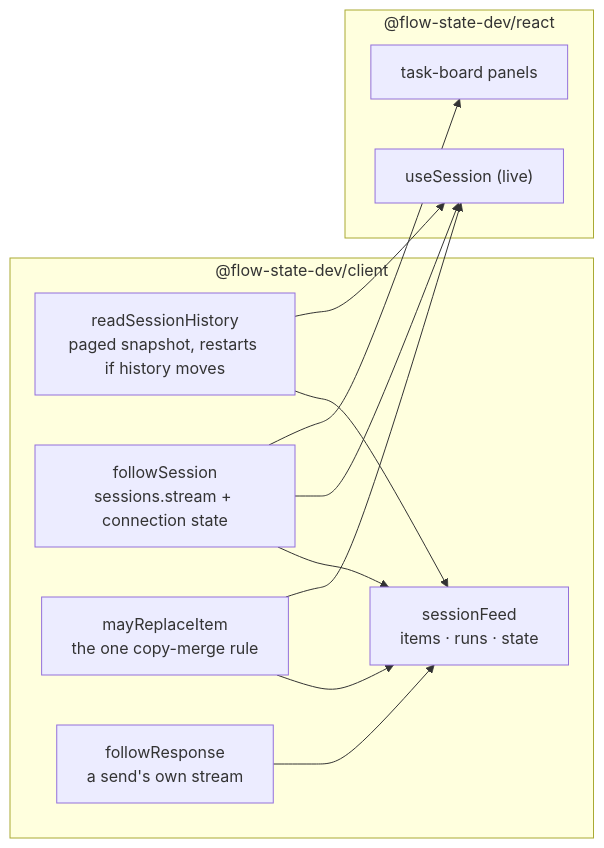
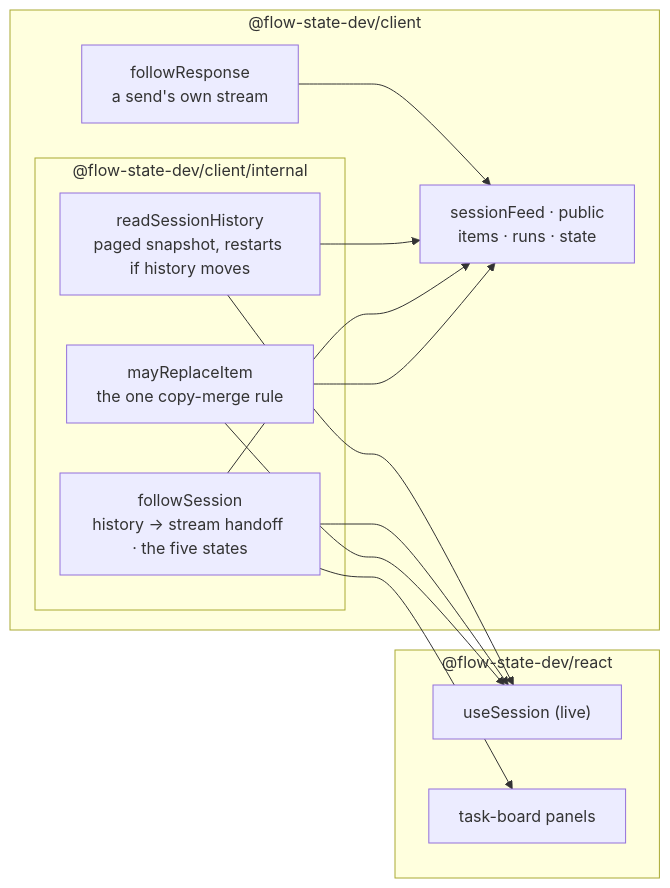
The diagram in specs/issues/FIX-2374/SPEC.md (fixpoint-labs/flow-state-dev), drawn with Mermaid before and after one commit. The commit also changed other lines of this file and 1 other file, not shown here.

````diff
--- a/specs/issues/FIX-2374/SPEC.md
+++ b/specs/issues/FIX-2374/SPEC.md
@@ -31,17 +31,23 @@
 ```mermaid
 flowchart LR
   subgraph client["@flow-state-dev/client"]
-    H["readSessionHistory<br/>paged snapshot, restarts if history moves"] --> F["sessionFeed<br/>items · runs · state"]
-    S["followSession<br/>sessions.stream + connection state"] --> F
-    M["mayReplaceItem<br/>the one copy-merge rule"] --> F
+    F["sessionFeed · public<br/>items · runs · state"]
+    subgraph internal["@flow-state-dev/client/internal"]
+      H["readSessionHistory<br/>paged snapshot, restarts if history moves"]
+      S["followSession<br/>history → stream handoff · the five states"]
+      M["mayReplaceItem<br/>the one copy-merge rule"]
+    end
     R["followResponse<br/>a send's own stream"] --> F
+    H --> F
+    S --> F
+    M --> F
   end
   subgraph react["@flow-state-dev/react"]
     U["useSession (live)"]
     B["task-board panels"]
   end
   H --> U
   S --> U
   M --> U
   S --> B
 ```
````
